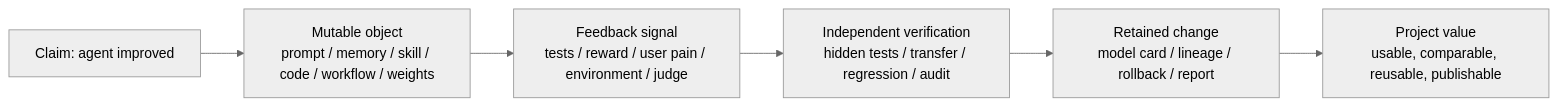
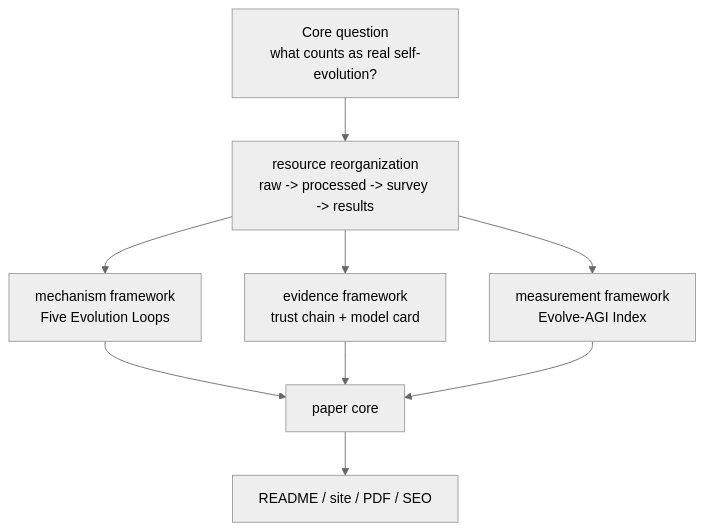
One commit to Shiyao-Huang/awesome-agent-evolution changed the second of 2 diagrams in README-EN.md. Above: the diagram before and after it, drawn with Mermaid (neutral theme). The commit also changed other lines of this file and 18 other files, not shown here.

Commit message:
docs: reframe README around survey core

````diff
--- a/README-EN.md
+++ b/README-EN.md
@@ -33,8 +93,11 @@
 ```mermaid
-flowchart LR
-  C["Claim: agent improved"] --> O["Mutable object<br/>prompt / memory / skill / code / workflow / weights"]
-  O --> F["Feedback signal<br/>tests / reward / user pain / environment / judge"]
-  F --> V["Independent verification<br/>hidden tests / transfer / regression / audit"]
-  V --> R["Retained change<br/>model card / lineage / rollback / report"]
-  R --> P["Project value<br/>usable, comparable, reusable, publishable"]
+flowchart TB
+  Q["Core question<br/>what counts as real self-evolution?"] --> A["resource reorganization<br/>raw -> processed -> survey -> results"]
+  A --> B["mechanism framework<br/>Five Evolution Loops"]
+  A --> C["evidence framework<br/>trust chain + model card"]
+  A --> D["measurement framework<br/>Evolve-AGI Index"]
+  B --> P["paper core"]
+  C --> P
+  D --> P
+  P --> R["README / site / PDF / SEO"]
 ```
````
